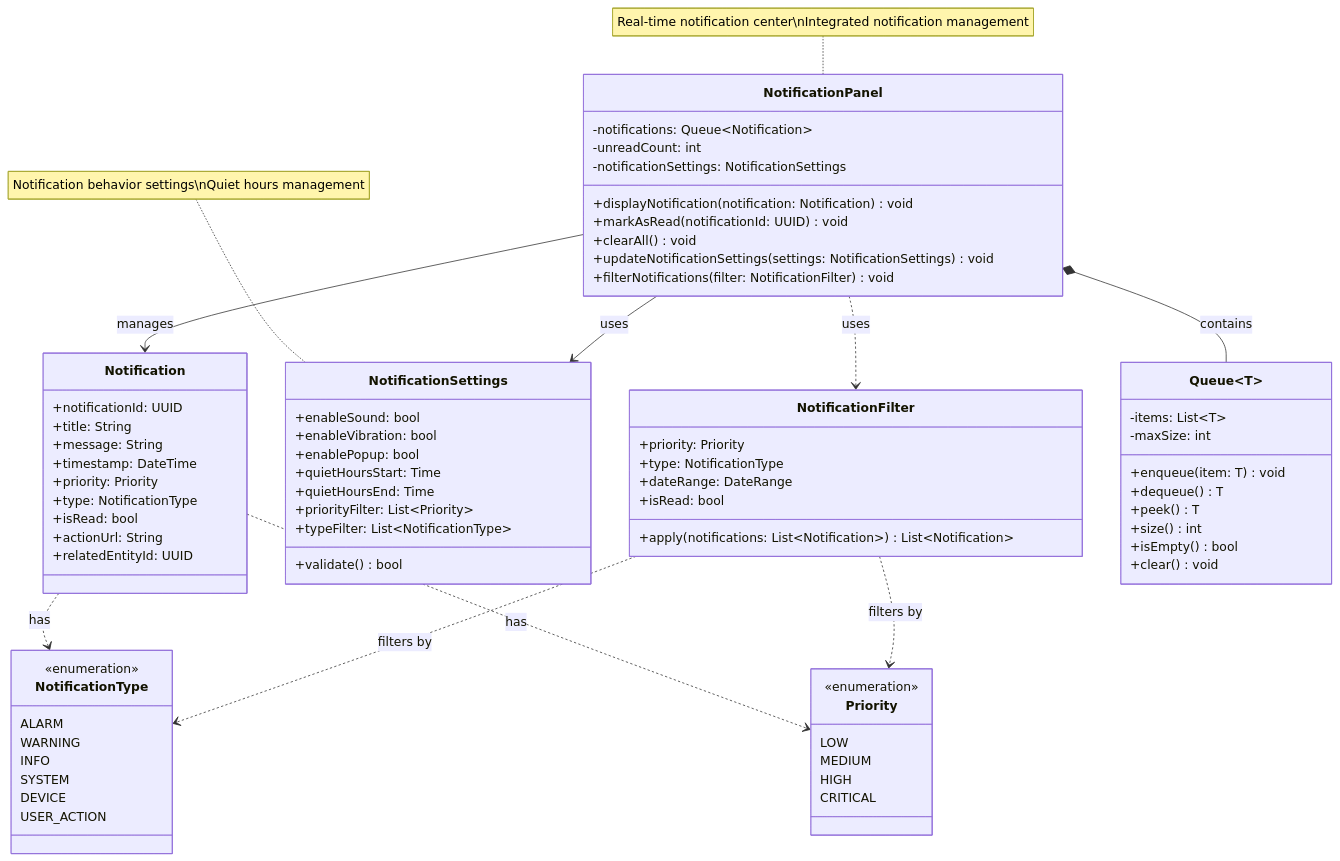
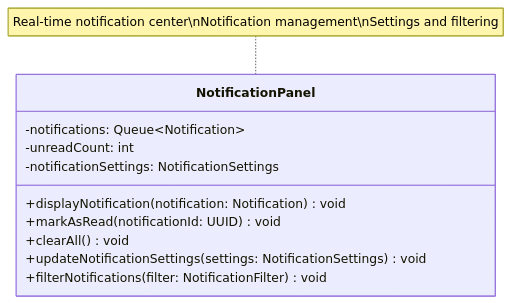
The ninth of 11 diagrams in diagrams/presentation_class_diagram.md (mj010101/swe_25f), drawn with Mermaid before and after one commit. The commit also changed other lines of this file and 1 other file, not shown here.

Commit message:
fix: presentation layer diagram

````diff
--- a/diagrams/presentation_class_diagram.md
+++ b/diagrams/presentation_class_diagram.md
@@ -991,5 +241,7 @@
 ```mermaid
 classDiagram
+    direction TB
+
     class NotificationPanel {
         -notifications: Queue~Notification~
         -unreadCount: int
@@ -1001,75 +253,5 @@
         +filterNotifications(filter: NotificationFilter) void
     }
 
-    class Notification {
-        +notificationId: UUID
-        +title: String
-        +message: String
-        +timestamp: DateTime
-        +priority: Priority
-        +type: NotificationType
-        +isRead: bool
-        +actionUrl: String
-        +relatedEntityId: UUID
-    }
-
-    class NotificationSettings {
-        +enableSound: bool
-        +enableVibration: bool
-        +enablePopup: bool
-        +quietHoursStart: Time
-        +quietHoursEnd: Time
-        +priorityFilter: List~Priority~
-        +typeFilter: List~NotificationType~
-        +validate() bool
-    }
-
-    class NotificationFilter {
-        +priority: Priority
-        +type: NotificationType
-        +dateRange: DateRange
-        +isRead: bool
-        +apply(notifications: List~Notification~) List~Notification~
-    }
-
-    class NotificationType {
-        <<enumeration>>
-        ALARM
-        WARNING
-        INFO
-        SYSTEM
-        DEVICE
-        USER_ACTION
-    }
-
-    class Priority {
-        <<enumeration>>
-        LOW
-        MEDIUM
-        HIGH
-        CRITICAL
-    }
-
-    class Queue~T~ {
-        -items: List~T~
-        -maxSize: int
-        +enqueue(item: T) void
-        +dequeue() T
-        +peek() T
-        +size() int
-        +isEmpty() bool
-        +clear() void
-    }
-
-    NotificationPanel *-- Queue~Notification~ : contains
-    NotificationPanel --> Notification : manages
-    NotificationPanel --> NotificationSettings : uses
-    NotificationPanel ..> NotificationFilter : uses
-    Notification ..> NotificationType : has
-    Notification ..> Priority : has
-    NotificationFilter ..> NotificationType : filters by
-    NotificationFilter ..> Priority : filters by
-
-    note for NotificationPanel "Real-time notification center\nIntegrated notification management"
-    note for NotificationSettings "Notification behavior settings\nQuiet hours management"
+    note for NotificationPanel "Real-time notification center\nNotification management\nSettings and filtering"
 ```
````
